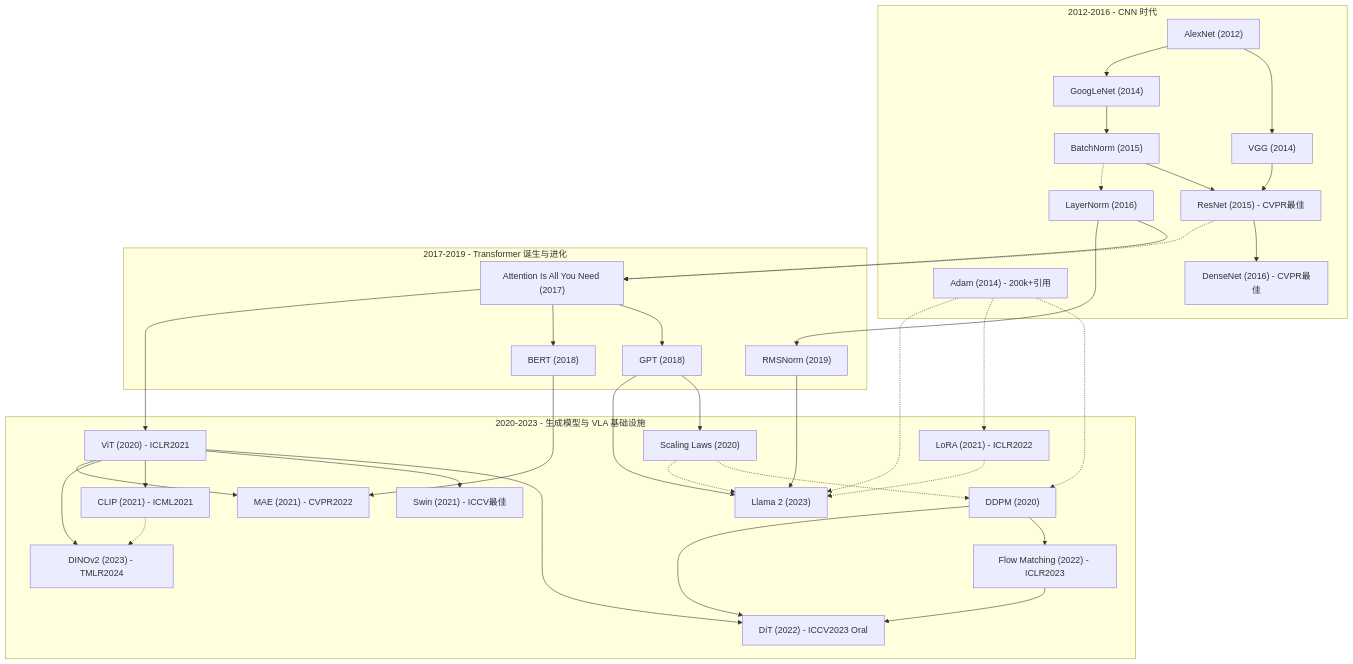
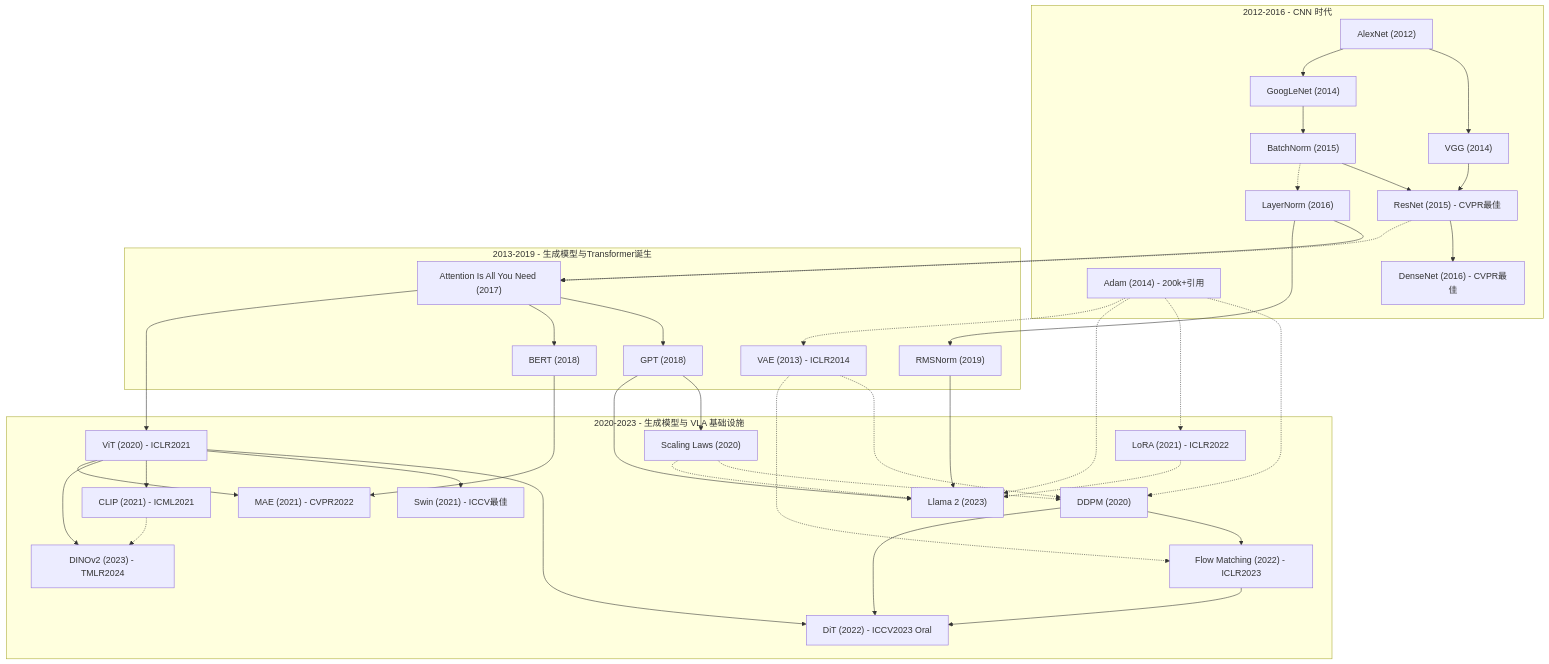
One commit to priceHE2002/Obsidian changed the diagram in 08_DL基础及论文进阶/01_深度学习基础/深度学习基础论文精讲.md. Above: the diagram before and after it, drawn with Mermaid. The commit also changed other lines of this file and 47 other files, not shown here.

````diff
--- a/08_DL基础及论文进阶/01_深度学习基础/深度学习基础论文精讲.md
+++ b/08_DL基础及论文进阶/01_深度学习基础/深度学习基础论文精讲.md
@@ -520,74 +552,78 @@
 ```mermaid
 graph TD
     subgraph "2012-2016 - CNN 时代"
         AlexNet["AlexNet (2012)"]
         VGG["VGG (2014)"]
         GoogLeNet["GoogLeNet (2014)"]
         Adam["Adam (2014) - 200k+引用"]
         BN["BatchNorm (2015)"]
         ResNet["ResNet (2015) - CVPR最佳"]
         DenseNet["DenseNet (2016) - CVPR最佳"]
         LN["LayerNorm (2016)"]
     end
 
-    subgraph "2017-2019 - Transformer 诞生与进化"
+    subgraph "2013-2019 - 生成模型与Transformer诞生"
+        VAE["VAE (2013) - ICLR2014"]
         Attention["Attention Is All You Need (2017)"]
         GPT["GPT (2018)"]
         BERT["BERT (2018)"]
         RMSNorm["RMSNorm (2019)"]
     end
 
     subgraph "2020-2023 - 生成模型与 VLA 基础设施"
         ScalingLaws["Scaling Laws (2020)"]
         DDPM["DDPM (2020)"]
         ViT["ViT (2020) - ICLR2021"]
         CLIP["CLIP (2021) - ICML2021"]
         Swin["Swin (2021) - ICCV最佳"]
         MAE["MAE (2021) - CVPR2022"]
         LoRA["LoRA (2021) - ICLR2022"]
         FlowMatching["Flow Matching (2022) - ICLR2023"]
         DiT["DiT (2022) - ICCV2023 Oral"]
         Llama2["Llama 2 (2023)"]
         DINOv2["DINOv2 (2023) - TMLR2024"]
     end
 
     AlexNet --> VGG
     AlexNet --> GoogLeNet
     VGG --> ResNet
     GoogLeNet --> BN
     BN --> ResNet
     ResNet --> DenseNet
     BN -.-> LN
 
+    VAE -.-> DDPM
+    VAE -.-> FlowMatching
     Attention --> GPT
     Attention --> BERT
     LN --> Attention
     Attention --> ViT
     LN --> RMSNorm
     RMSNorm --> Llama2
 
     GPT --> ScalingLaws
     GPT --> Llama2
     BERT --> MAE
 
     ScalingLaws -.-> DDPM
     ScalingLaws -.-> Llama2
 
     Adam -.-> DDPM
     Adam -.-> LoRA
     Adam -.-> Llama2
+    Adam -.-> VAE
 
     DDPM --> FlowMatching
     DDPM --> DiT
     ViT --> DiT
     FlowMatching --> DiT
 
     ViT --> Swin
     ViT --> CLIP
     ViT --> DINOv2
     ViT --> MAE
     CLIP -.-> DINOv2
 
     LoRA -.-> Llama2
     ResNet -.-> Attention
 ```
````
